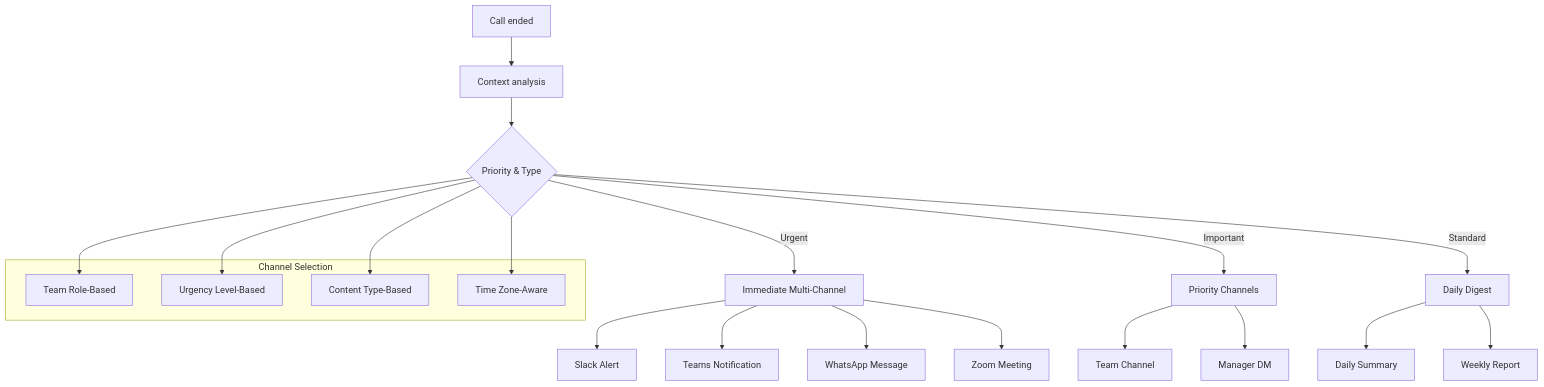
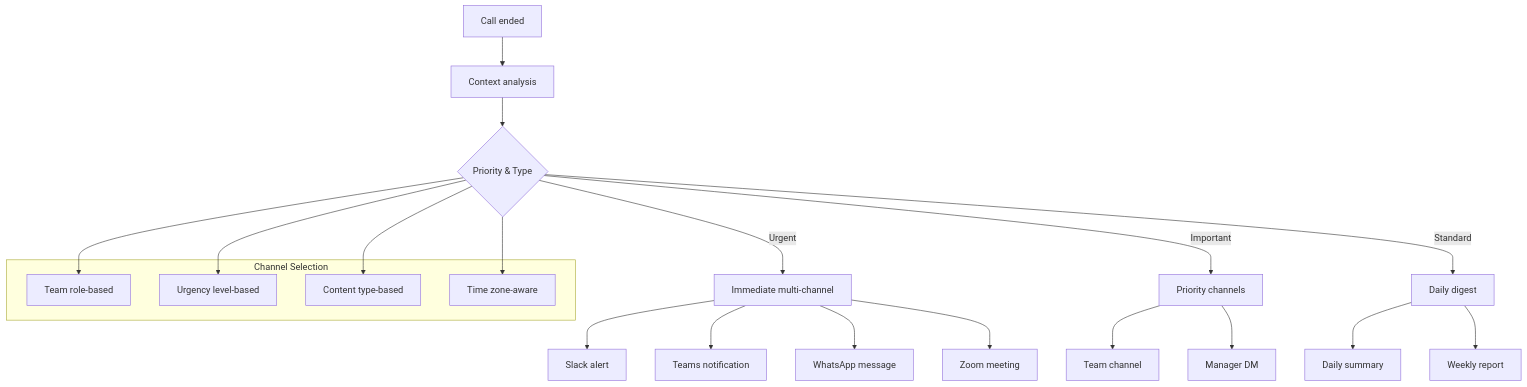
The diagram in en/automation-platform/integrations/communication-collaboration-hub.mdx (bekgroup/Famulor-docs-de), drawn with Mermaid before and after one commit. The commit also changed other lines of this file and 16 other files, not shown here.

````diff
--- a/en/automation-platform/integrations/communication-collaboration-hub.mdx
+++ b/en/automation-platform/integrations/communication-collaboration-hub.mdx
@@ -105,31 +105,31 @@
 ```mermaid
 graph TB
     A[Call ended] --> B[Context analysis]
     B --> C{Priority & Type}
-    C -->|Urgent| D[Immediate Multi-Channel]
-    C -->|Important| E[Priority Channels]
-    C -->|Standard| F[Daily Digest]
+    C -->|Urgent| D[Immediate multi-channel]
+    C -->|Important| E[Priority channels]
+    C -->|Standard| F[Daily digest]
     
-    D --> G[Slack Alert]
-    D --> H[Teams Notification]
-    D --> I[WhatsApp Message]
-    D --> J[Zoom Meeting]
+    D --> G[Slack alert]
+    D --> H[Teams notification]
+    D --> I[WhatsApp message]
+    D --> J[Zoom meeting]
     
-    E --> K[Team Channel]
+    E --> K[Team channel]
     E --> L[Manager DM]
     
-    F --> M[Daily Summary]
-    F --> N[Weekly Report]
+    F --> M[Daily summary]
+    F --> N[Weekly report]
     
     subgraph "Channel Selection"
-        O[Team Role-Based]
-        P[Urgency Level-Based]
-        Q[Content Type-Based]
-        R[Time Zone-Aware]
+        O[Team role-based]
+        P[Urgency level-based]
+        Q[Content type-based]
+        R[Time zone-aware]
     end
     
     C --> O
     C --> P
     C --> Q
     C --> R
 ```
````
